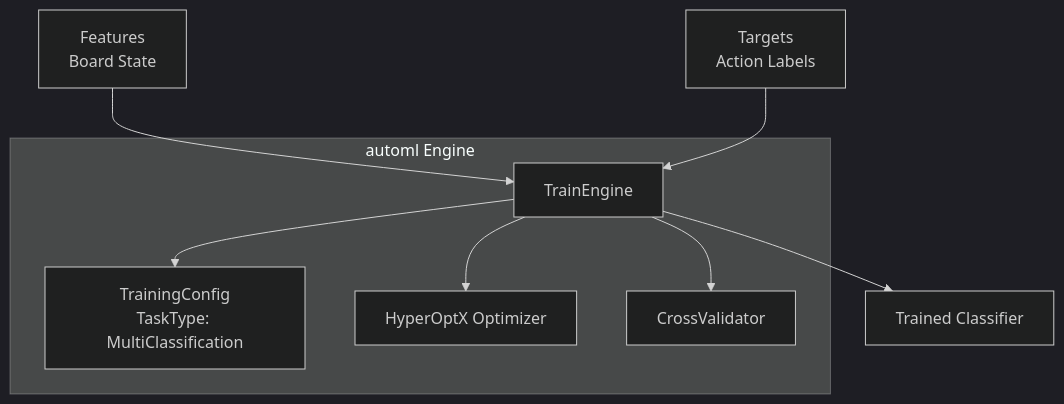
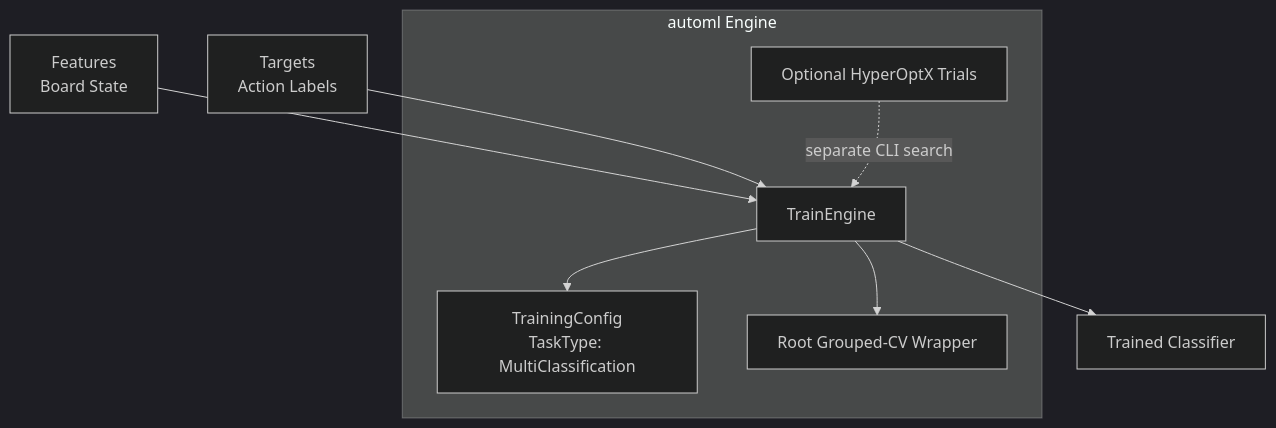
One commit to Evintkoo/2048-ml changed the fourth of 7 diagrams in plans/05-Model/02-Training/01-training-pipeline.md. Above: the diagram before and after it, drawn with Mermaid (dark theme). The commit also changed other lines of this file and 144 other files, not shown here.

````diff
--- a/plans/05-Model/02-Training/01-training-pipeline.md
+++ b/plans/05-Model/02-Training/01-training-pipeline.md
@@ -76,16 +76,16 @@
 ```mermaid
 flowchart TD
     X[Features<br/>Board State]
     Y[Targets<br/>Action Labels]
     
     X --> Engine[TrainEngine]
     Y --> Engine
     Engine --> Model[Trained Classifier]
     
     subgraph "automl Engine"
         Engine[TrainEngine]
         Engine --> Config[TrainingConfig<br/>TaskType: MultiClassification]
-        Engine --> Optimizer[HyperOptX Optimizer]
-        Engine --> CV[CrossValidator]
+        Engine --> CV[Root Grouped-CV Wrapper]
+        Search[Optional HyperOptX Trials] -. separate CLI search .-> Engine
     end
 ```
````
